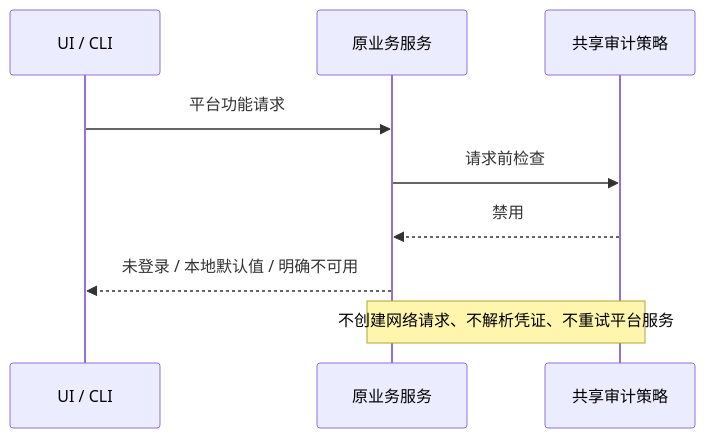
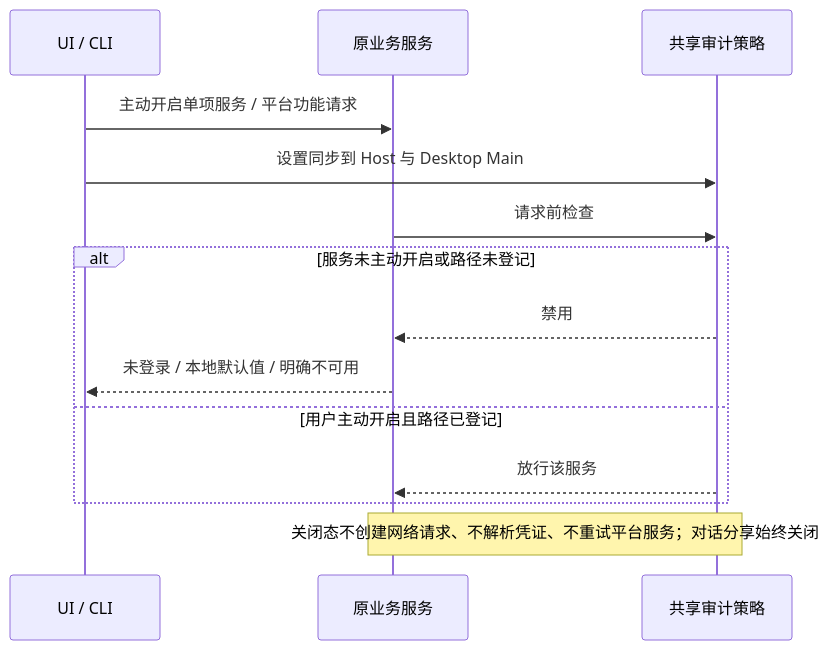
Before and after one commit to zackflag/ZCode: the diagram in packages/desktop/specs/no-official-platform.md, drawn with Mermaid. The commit also changed other lines of this file and 2 other files, not shown here.

Commit message:
fix-official-service-switch-sync

````diff
--- a/packages/desktop/specs/no-official-platform.md
+++ b/packages/desktop/specs/no-official-platform.md
@@ -7,11 +7,16 @@
 ```mermaid
 sequenceDiagram
   participant U as UI / CLI
   participant S as 原业务服务
   participant P as 共享审计策略
-  U->>S: 平台功能请求
+  U->>S: 主动开启单项服务 / 平台功能请求
+  U->>P: 设置同步到 Host 与 Desktop Main
   S->>P: 请求前检查
-  P-->>S: 禁用
-  S-->>U: 未登录 / 本地默认值 / 明确不可用
-  Note over S,P: 不创建网络请求、不解析凭证、不重试平台服务
+  alt 服务未主动开启或路径未登记
+    P-->>S: 禁用
+    S-->>U: 未登录 / 本地默认值 / 明确不可用
+  else 用户主动开启且路径已登记
+    P-->>S: 放行该服务
+  end
+  Note over S,P: 关闭态不创建网络请求、不解析凭证、不重试平台服务；对话分享始终关闭
 ```
````
